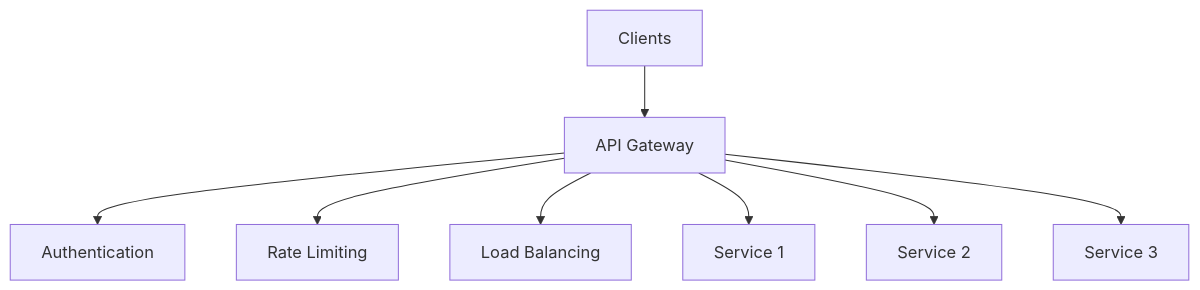
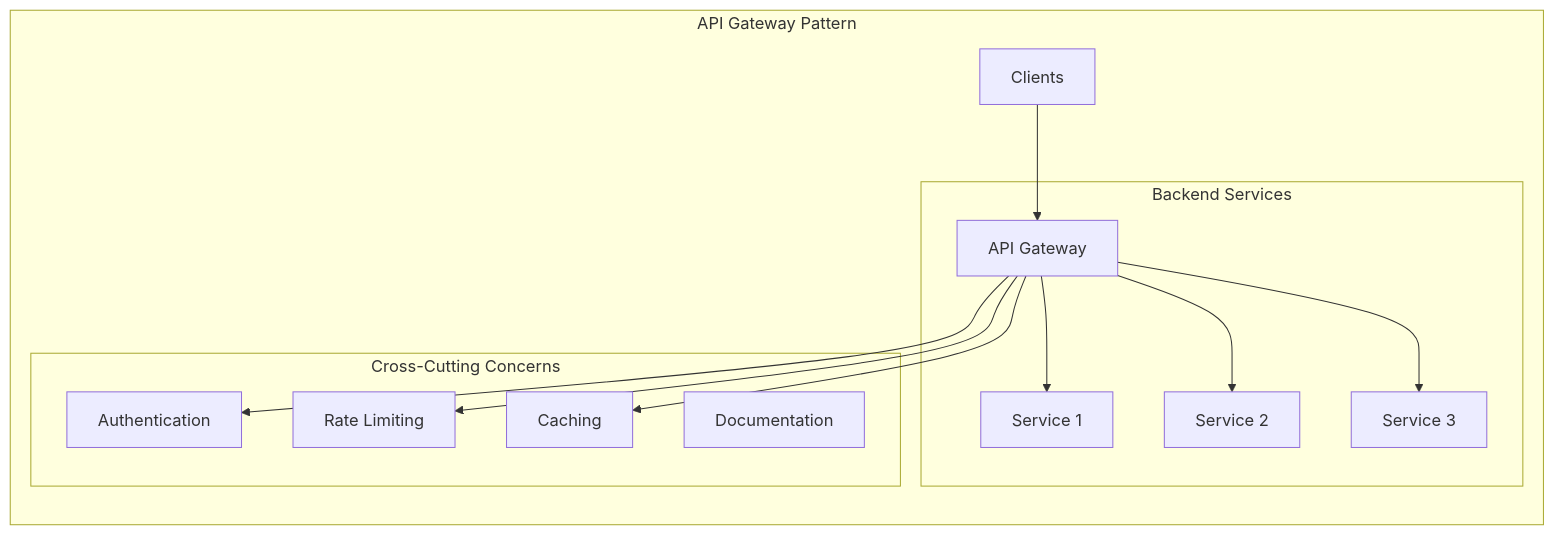
One commit to saravanakumarrc/Architecture_Journey changed the sixth of 8 diagrams in src/API_Design_Concepts.md. Above: the diagram before and after it, drawn with Mermaid. The commit also changed other lines of this file and 16 other files, not shown here.

First line of the commit message:
Add comprehensive documentation for resilience patterns, security architecture patterns, service mesh patterns, and testing best practices

````diff
--- a/src/API_Design_Concepts.md
+++ b/src/API_Design_Concepts.md
@@ -270,10 +259,25 @@
 ```mermaid
-graph TD
-    A[Clients] --> B[API Gateway]
-    B --> C[Authentication]
-    B --> D[Rate Limiting]
-    B --> E[Load Balancing]
-    B --> F[Service 1]
-    B --> G[Service 2]
-    B --> H[Service 3]
+graph TB
+    subgraph "API Gateway Pattern"
+        direction TB
+        
+        C[Clients] --> GW[API Gateway]
+        
+        subgraph "Backend Services"
+            GW --> S1[Service 1]
+            GW --> S2[Service 2]
+            GW --> S3[Service 3]
+        end
+        
+        subgraph "Cross-Cutting Concerns"
+            AU[Authentication]
+            RB[Rate Limiting]
+            CA[Caching]
+            DC[Documentation]
+        end
+        
+        GW --> AU
+        GW --> RB
+        GW --> CA
+    end
 ```
````
